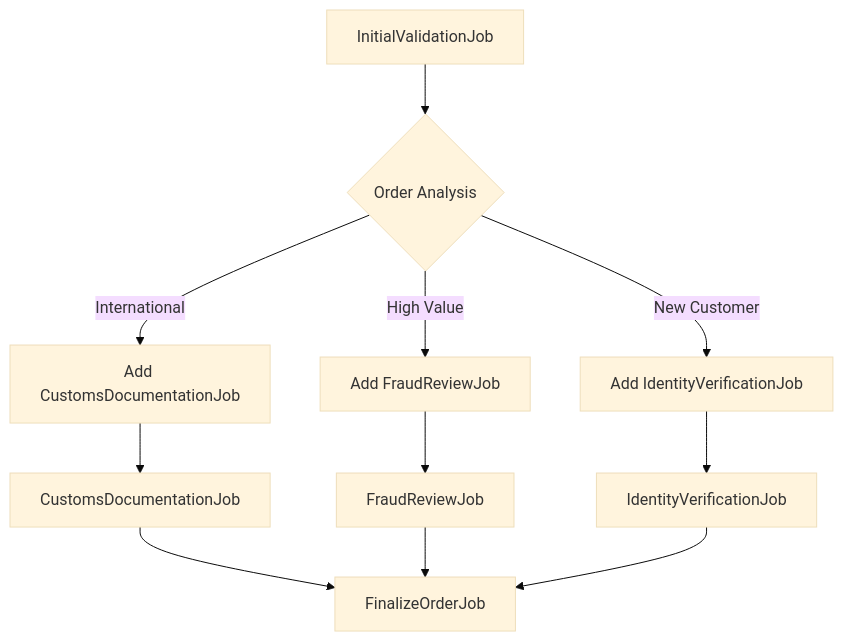
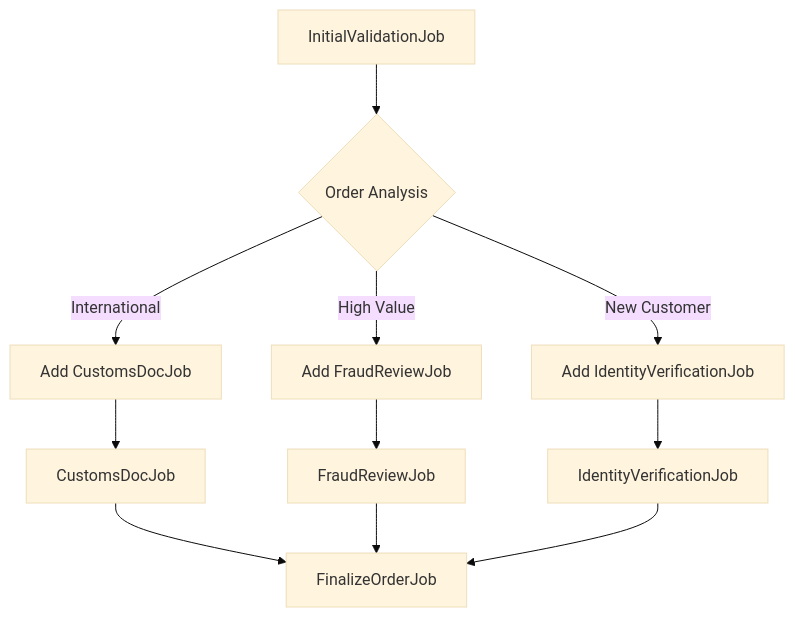
The second of 2 diagrams in docs/articles/BatchQueue-Article.md (skie/docs), drawn with Mermaid (base theme) before and after one commit. The commit also changed other lines of this file, not shown here.

Commit message:
fix mermaid rendering

````diff
--- a/docs/articles/BatchQueue-Article.md
+++ b/docs/articles/BatchQueue-Article.md
@@ -637,13 +637,13 @@
 ```mermaid
 graph TD
     A[InitialValidationJob] --> B{Order Analysis}
-    B -->|International| C[Add CustomsDocumentationJob]
+    B -->|International| C[Add CustomsDocJob]
     B -->|High Value| D[Add FraudReviewJob]
     B -->|New Customer| E[Add IdentityVerificationJob]
-    C --> G[CustomsDocumentationJob]
+    C --> G[CustomsDocJob]
     D --> H[FraudReviewJob]
     E --> I[IdentityVerificationJob]
     G --> J[FinalizeOrderJob]
     H --> J
     I --> J
 ```
````
